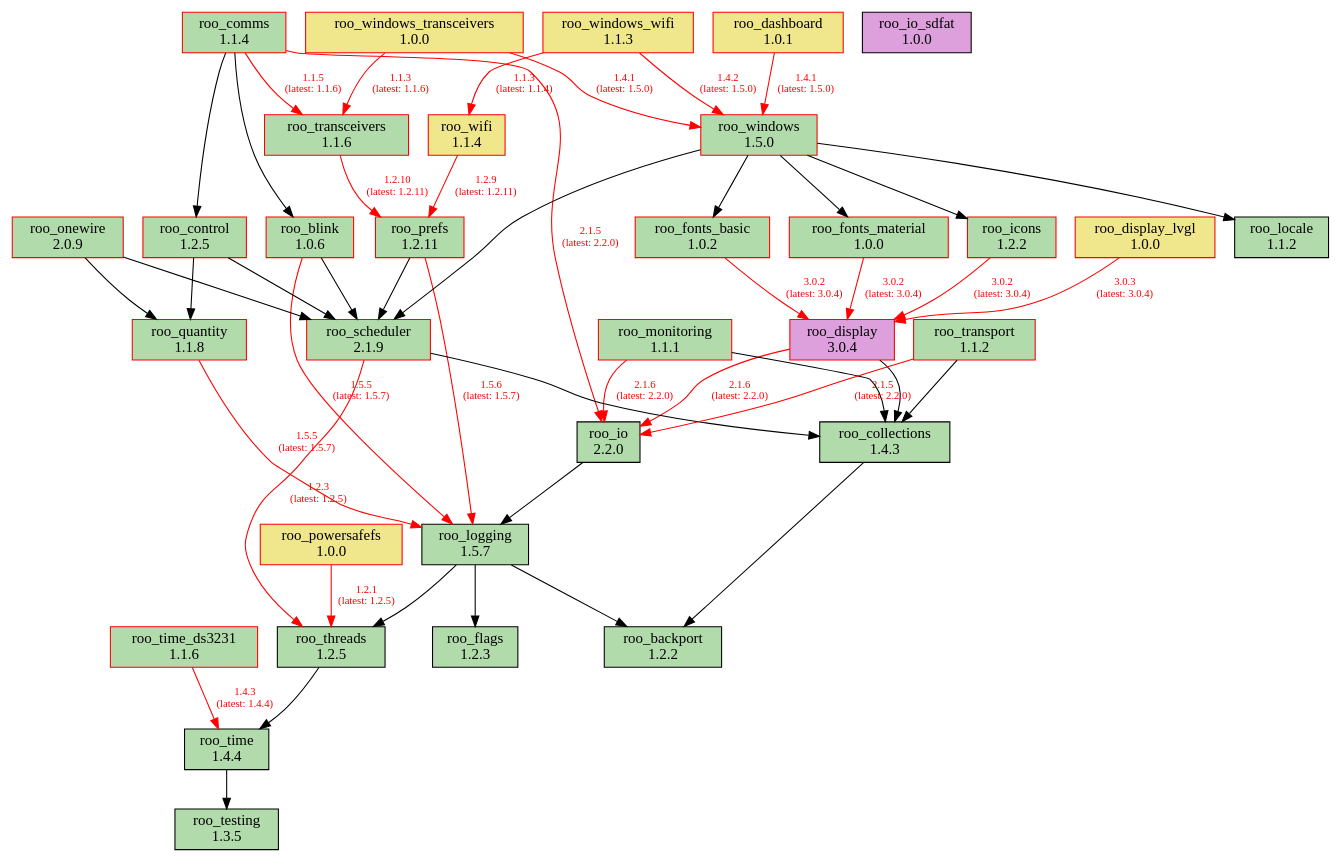
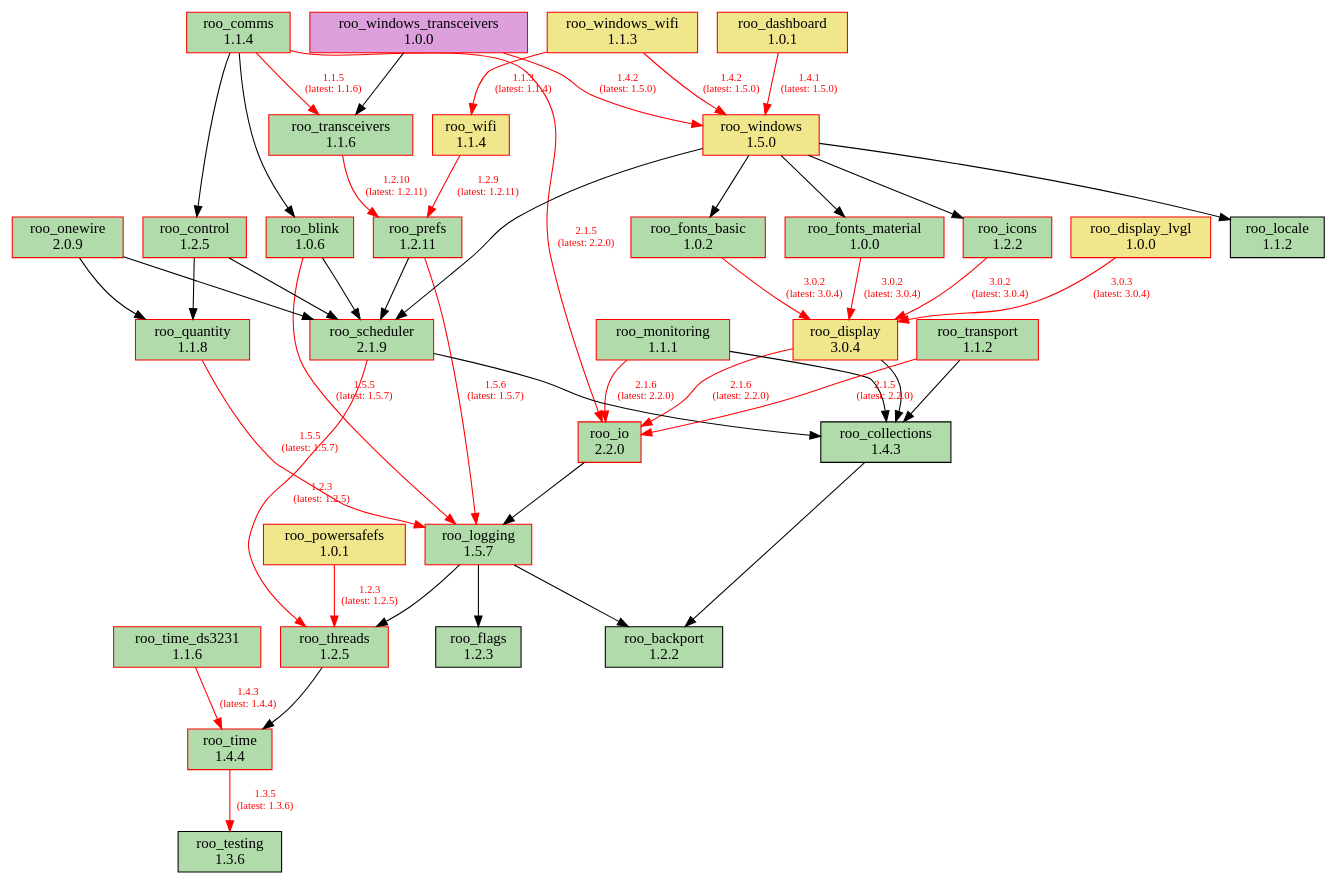
Before and after one commit to dejwk/roo-registry: the diagram in doc/dependencies.dot, drawn with Graphviz. The commit also changed 1 other file, not shown here.

```diff
--- a/doc/dependencies.dot
+++ b/doc/dependencies.dot
@@ -1,87 +1,86 @@
 digraph dependencies {
     rankdir=TB;
     node [shape=box, style=filled];
     edge [fontsize=10];
 
     // Modules
     "roo_backport" [label="roo_backport\n1.2.2", fillcolor="#b1dbab", color="black"];
     "roo_blink" [label="roo_blink\n1.0.6", fillcolor="#b1dbab", color="red"];
     "roo_collections" [label="roo_collections\n1.4.3", fillcolor="#b1dbab", color="black"];
     "roo_comms" [label="roo_comms\n1.1.4", fillcolor="#b1dbab", color="red"];
     "roo_control" [label="roo_control\n1.2.5", fillcolor="#b1dbab", color="red"];
     "roo_dashboard" [label="roo_dashboard\n1.0.1", fillcolor="khaki", color="red"];
-    "roo_display" [label="roo_display\n3.0.4", fillcolor="plum", color="red"];
+    "roo_display" [label="roo_display\n3.0.4", fillcolor="khaki", color="red"];
     "roo_display_lvgl" [label="roo_display_lvgl\n1.0.0", fillcolor="khaki", color="red"];
     "roo_flags" [label="roo_flags\n1.2.3", fillcolor="#b1dbab", color="black"];
     "roo_fonts_basic" [label="roo_fonts_basic\n1.0.2", fillcolor="#b1dbab", color="red"];
     "roo_fonts_material" [label="roo_fonts_material\n1.0.0", fillcolor="#b1dbab", color="red"];
     "roo_icons" [label="roo_icons\n1.2.2", fillcolor="#b1dbab", color="red"];
-    "roo_io" [label="roo_io\n2.2.0", fillcolor="#b1dbab", color="black"];
-    "roo_io_sdfat" [label="roo_io_sdfat\n1.0.0", fillcolor="plum", color="black"];
+    "roo_io" [label="roo_io\n2.2.0", fillcolor="#b1dbab", color="red"];
     "roo_locale" [label="roo_locale\n1.1.2", fillcolor="#b1dbab", color="black"];
-    "roo_logging" [label="roo_logging\n1.5.7", fillcolor="#b1dbab", color="black"];
+    "roo_logging" [label="roo_logging\n1.5.7", fillcolor="#b1dbab", color="red"];
     "roo_monitoring" [label="roo_monitoring\n1.1.1", fillcolor="#b1dbab", color="red"];
     "roo_onewire" [label="roo_onewire\n2.0.9", fillcolor="#b1dbab", color="red"];
-    "roo_powersafefs" [label="roo_powersafefs\n1.0.0", fillcolor="khaki", color="red"];
+    "roo_powersafefs" [label="roo_powersafefs\n1.0.1", fillcolor="khaki", color="red"];
     "roo_prefs" [label="roo_prefs\n1.2.11", fillcolor="#b1dbab", color="red"];
     "roo_quantity" [label="roo_quantity\n1.1.8", fillcolor="#b1dbab", color="red"];
     "roo_scheduler" [label="roo_scheduler\n2.1.9", fillcolor="#b1dbab", color="red"];
-    "roo_testing" [label="roo_testing\n1.3.5", fillcolor="#b1dbab", color="black"];
-    "roo_threads" [label="roo_threads\n1.2.5", fillcolor="#b1dbab", color="black"];
-    "roo_time" [label="roo_time\n1.4.4", fillcolor="#b1dbab", color="black"];
+    "roo_testing" [label="roo_testing\n1.3.6", fillcolor="#b1dbab", color="black"];
+    "roo_threads" [label="roo_threads\n1.2.5", fillcolor="#b1dbab", color="red"];
+    "roo_time" [label="roo_time\n1.4.4", fillcolor="#b1dbab", color="red"];
     "roo_time_ds3231" [label="roo_time_ds3231\n1.1.6", fillcolor="#b1dbab", color="red"];
     "roo_transceivers" [label="roo_transceivers\n1.1.6", fillcolor="#b1dbab", color="red"];
     "roo_transport" [label="roo_transport\n1.1.2", fillcolor="#b1dbab", color="red"];
     "roo_wifi" [label="roo_wifi\n1.1.4", fillcolor="khaki", color="red"];
-    "roo_windows" [label="roo_windows\n1.5.0", fillcolor="#b1dbab", color="red"];
-    "roo_windows_transceivers" [label="roo_windows_transceivers\n1.0.0", fillcolor="khaki", color="red"];
+    "roo_windows" [label="roo_windows\n1.5.0", fillcolor="khaki", color="red"];
+    "roo_windows_transceivers" [label="roo_windows_transceivers\n1.0.0", fillcolor="plum", color="red"];
     "roo_windows_wifi" [label="roo_windows_wifi\n1.1.3", fillcolor="khaki", color="red"];
 
     // Dependencies
     "roo_blink" -> "roo_logging" [color=red, fontcolor=red, label="1.5.5\n(latest: 1.5.7)"];
     "roo_blink" -> "roo_scheduler";
     "roo_collections" -> "roo_backport";
     "roo_comms" -> "roo_blink";
     "roo_comms" -> "roo_control";
     "roo_comms" -> "roo_io" [color=red, fontcolor=red, label="2.1.5\n(latest: 2.2.0)"];
     "roo_comms" -> "roo_transceivers" [color=red, fontcolor=red, label="1.1.5\n(latest: 1.1.6)"];
     "roo_control" -> "roo_quantity";
     "roo_control" -> "roo_scheduler";
     "roo_dashboard" -> "roo_windows" [color=red, fontcolor=red, label="1.4.1\n(latest: 1.5.0)"];
     "roo_display" -> "roo_collections";
     "roo_display" -> "roo_io" [color=red, fontcolor=red, label="2.1.6\n(latest: 2.2.0)"];
     "roo_display_lvgl" -> "roo_display" [color=red, fontcolor=red, label="3.0.3\n(latest: 3.0.4)"];
     "roo_fonts_basic" -> "roo_display" [color=red, fontcolor=red, label="3.0.2\n(latest: 3.0.4)"];
     "roo_fonts_material" -> "roo_display" [color=red, fontcolor=red, label="3.0.2\n(latest: 3.0.4)"];
     "roo_icons" -> "roo_display" [color=red, fontcolor=red, label="3.0.2\n(latest: 3.0.4)"];
     "roo_io" -> "roo_logging";
     "roo_logging" -> "roo_backport";
     "roo_logging" -> "roo_flags";
     "roo_logging" -> "roo_threads";
     "roo_monitoring" -> "roo_collections";
     "roo_monitoring" -> "roo_io" [color=red, fontcolor=red, label="2.1.6\n(latest: 2.2.0)"];
     "roo_onewire" -> "roo_scheduler";
     "roo_onewire" -> "roo_quantity";
-    "roo_powersafefs" -> "roo_threads" [color=red, fontcolor=red, label="1.2.1\n(latest: 1.2.5)"];
+    "roo_powersafefs" -> "roo_threads" [color=red, fontcolor=red, label="1.2.3\n(latest: 1.2.5)"];
     "roo_prefs" -> "roo_logging" [color=red, fontcolor=red, label="1.5.6\n(latest: 1.5.7)"];
     "roo_prefs" -> "roo_scheduler";
     "roo_quantity" -> "roo_logging" [color=red, fontcolor=red, label="1.5.5\n(latest: 1.5.7)"];
     "roo_scheduler" -> "roo_collections";
     "roo_scheduler" -> "roo_threads" [color=red, fontcolor=red, label="1.2.3\n(latest: 1.2.5)"];
     "roo_threads" -> "roo_time";
-    "roo_time" -> "roo_testing";
+    "roo_time" -> "roo_testing" [color=red, fontcolor=red, label="1.3.5\n(latest: 1.3.6)"];
     "roo_time_ds3231" -> "roo_time" [color=red, fontcolor=red, label="1.4.3\n(latest: 1.4.4)"];
     "roo_transceivers" -> "roo_prefs" [color=red, fontcolor=red, label="1.2.10\n(latest: 1.2.11)"];
     "roo_transport" -> "roo_collections";
     "roo_transport" -> "roo_io" [color=red, fontcolor=red, label="2.1.5\n(latest: 2.2.0)"];
     "roo_wifi" -> "roo_prefs" [color=red, fontcolor=red, label="1.2.9\n(latest: 1.2.11)"];
     "roo_windows" -> "roo_fonts_basic";
     "roo_windows" -> "roo_fonts_material";
     "roo_windows" -> "roo_locale";
     "roo_windows" -> "roo_icons";
     "roo_windows" -> "roo_scheduler";
-    "roo_windows_transceivers" -> "roo_transceivers" [color=red, fontcolor=red, label="1.1.3\n(latest: 1.1.6)"];
-    "roo_windows_transceivers" -> "roo_windows" [color=red, fontcolor=red, label="1.4.1\n(latest: 1.5.0)"];
+    "roo_windows_transceivers" -> "roo_transceivers";
+    "roo_windows_transceivers" -> "roo_windows" [color=red, fontcolor=red, label="1.4.2\n(latest: 1.5.0)"];
     "roo_windows_wifi" -> "roo_wifi" [color=red, fontcolor=red, label="1.1.3\n(latest: 1.1.4)"];
     "roo_windows_wifi" -> "roo_windows" [color=red, fontcolor=red, label="1.4.2\n(latest: 1.5.0)"];
 }
```
